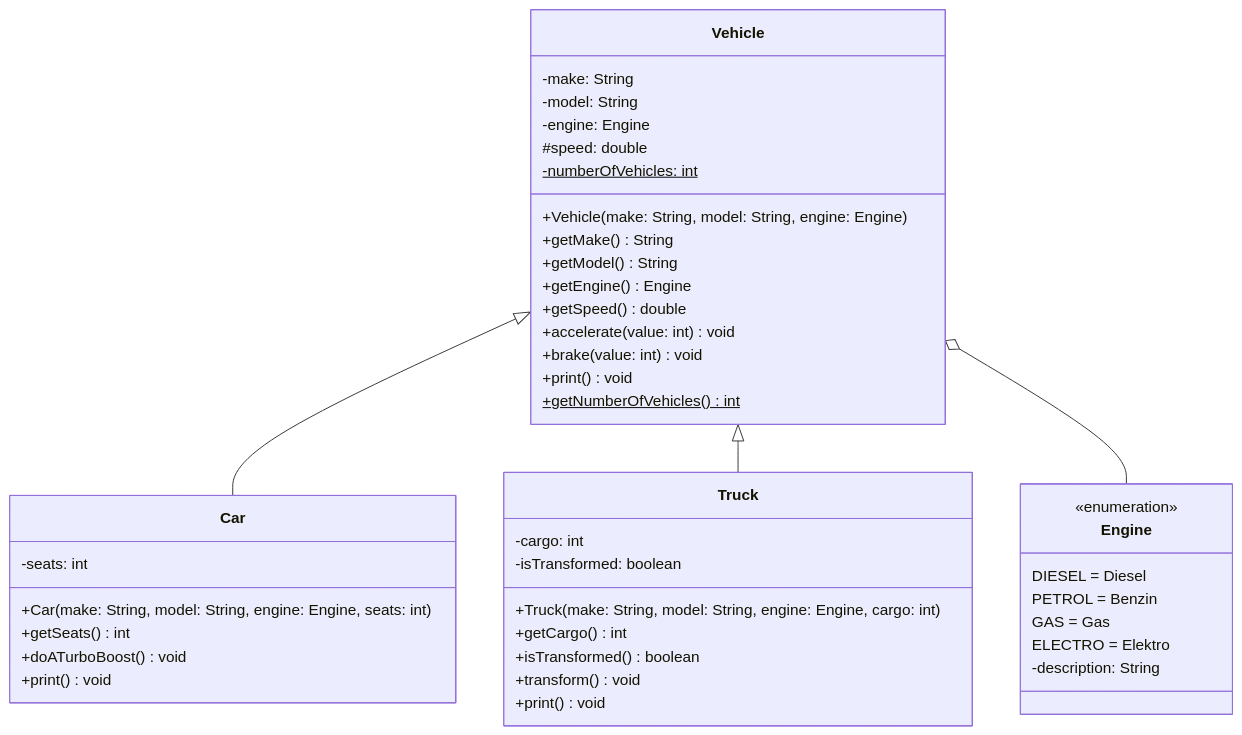
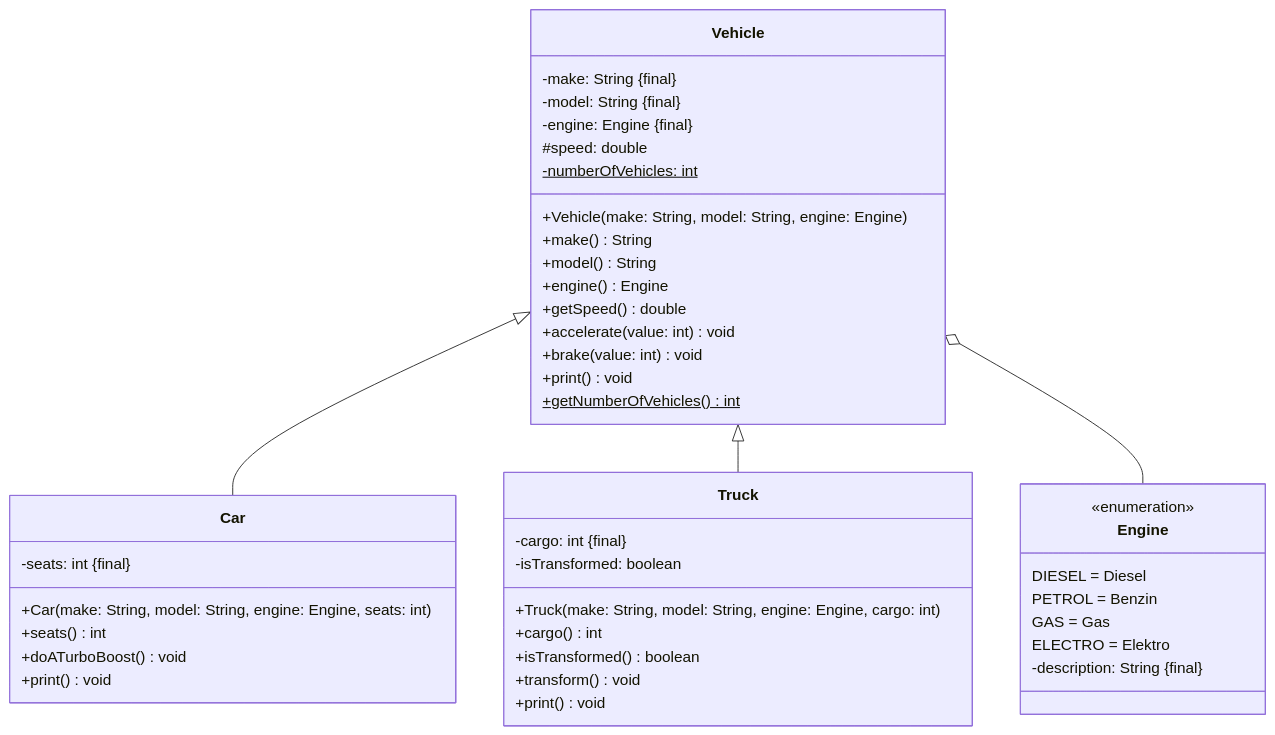
One commit to jappuccini/java-docs changed the diagram in docs/exercises/polymorphy/polymorphy01.mdx. Above: the diagram before and after it, drawn with Mermaid. The commit also changed 33 other files, not shown here.

Commit message:
add final-property, change getter-description, change list- and map-declarations

````diff
--- a/docs/exercises/polymorphy/polymorphy01.mdx
+++ b/docs/exercises/polymorphy/polymorphy01.mdx
@@ -17,50 +17,50 @@
 ```mermaid
 classDiagram
     Vehicle <|-- Car
     Vehicle <|-- Truck
     Vehicle o-- Engine
 
     class Vehicle {
-        -make: String
-        -model: String
-        -engine: Engine
+        -make: String &#123final&#125
+        -model: String &#123final&#125
+        -engine: Engine &#123final&#125
         #speed: double
         -numberOfVehicles: int$
         +Vehicle(make: String, model: String, engine: Engine)
-        +getMake() String
-        +getModel() String
-        +getEngine() Engine
+        +make() String
+        +model() String
+        +engine() Engine
         +getSpeed() double
         +accelerate(value: int) void
         +brake(value: int) void
         +print() void
         +getNumberOfVehicles()$ int
     }
 
     class Engine {
         <<enumeration>>
         DIESEL = Diesel
         PETROL = Benzin
         GAS = Gas
         ELECTRO = Elektro
-        -description: String
+        -description: String &#123final&#125
     }
 
     class Car {
-        -seats: int
+        -seats: int &#123final&#125
         +Car(make: String, model: String, engine: Engine, seats: int)
-        +getSeats() int
+        +seats() int
         +doATurboBoost() void
         +print() void
     }
 
     class Truck {
-        -cargo: int
+        -cargo: int &#123final&#125
         -isTransformed: boolean
         +Truck(make: String, model: String, engine: Engine, cargo: int)
-        +getCargo() int
+        +cargo() int
         +isTransformed() boolean
         +transform() void
         +print() void
     }
 ```
````
